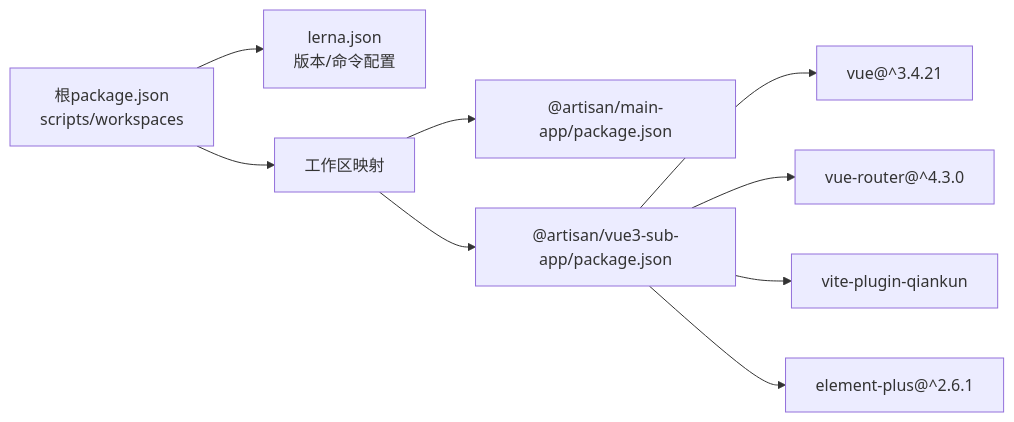
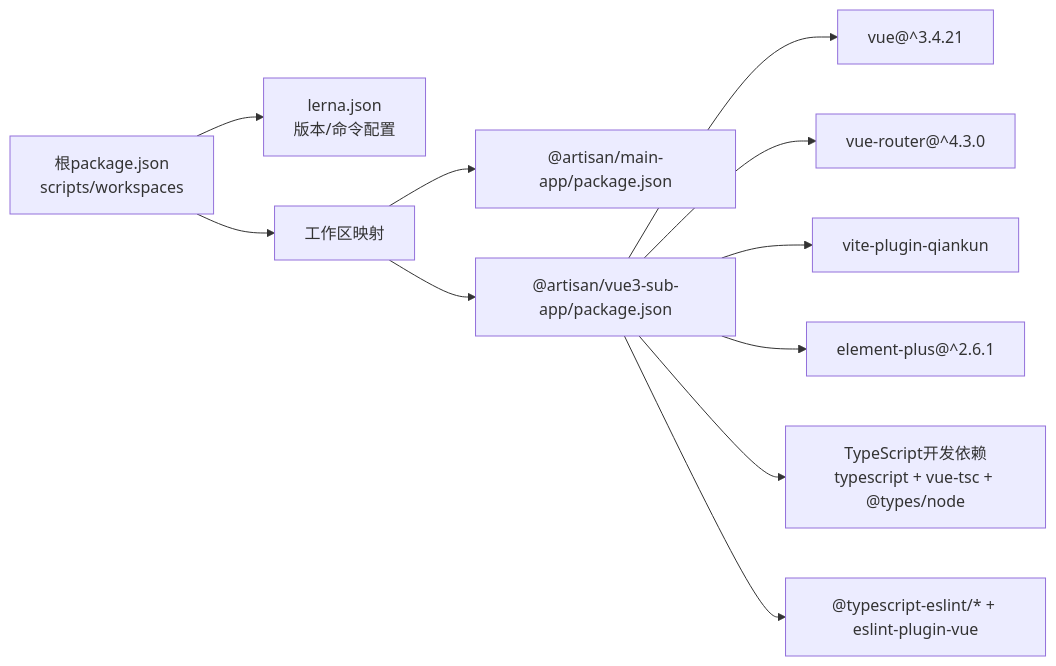
The tenth of 10 diagrams in .qoder/repowiki/zh/content/应用开发/Vue3子应用开发.md (my-Sitara/artisan-base-frontend), drawn with Mermaid before and after one commit. The commit also changed other lines of this file and 35 other files, not shown here.

````diff
--- a/.qoder/repowiki/zh/content/应用开发/Vue3子应用开发.md
+++ b/.qoder/repowiki/zh/content/应用开发/Vue3子应用开发.md
@@ -230,11 +396,13 @@
 ```mermaid
 graph LR
 PkgJSON["根package.json<br/>scripts/workspaces"] --> Lerna["lerna.json<br/>版本/命令配置"]
 PkgJSON --> Ws["工作区映射"]
 Ws --> MainPkg["@artisan/main-app/package.json"]
 Ws --> Vue3Pkg["@artisan/vue3-sub-app/package.json"]
 Vue3Pkg --> VueDep["vue@^3.4.21"]
 Vue3Pkg --> RouterDep["vue-router@^4.3.0"]
 Vue3Pkg --> QiankunPlugin["vite-plugin-qiankun"]
 Vue3Pkg --> ElementPlus["element-plus@^2.6.1"]
+Vue3Pkg --> TSDevDeps["TypeScript开发依赖<br/>typescript + vue-tsc + @types/node"]
+Vue3Pkg --> ESLintDeps["@typescript-eslint/* + eslint-plugin-vue"]
 ```
````
